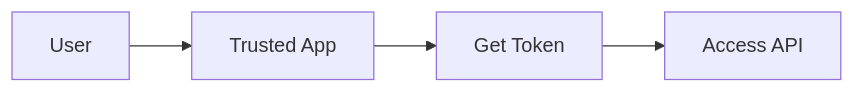
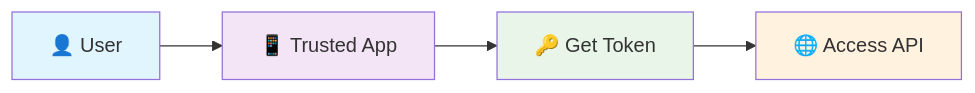
One commit to lele-maxwell/adorsys-gis-blog3 changed the first of 5 diagrams in docs/blog/direct-access-grant/slides.md. Above: the diagram before and after it, drawn with Mermaid. The commit also changed other lines of this file, not shown here.

Commit message:
Fix slides.md file to have a better explanation of what the process and what it does and correct explanation of the Direct grant flow

````diff
--- a/docs/blog/direct-access-grant/slides.md
+++ b/docs/blog/direct-access-grant/slides.md
@@ -24,6 +24,11 @@
 ```mermaid
-graph LR
-    A[User] --> B[Trusted App]
-    B --> C[Get Token]
-    C --> D[Access API]
+flowchart LR
+    A[👤 User] --> B[📱 Trusted App]
+    B --> C[🔑 Get Token]
+    C --> D[🌐 Access API]
+    
+    style A fill:#e1f5fe
+    style B fill:#f3e5f5
+    style C fill:#e8f5e8
+    style D fill:#fff3e0
 ```
````
